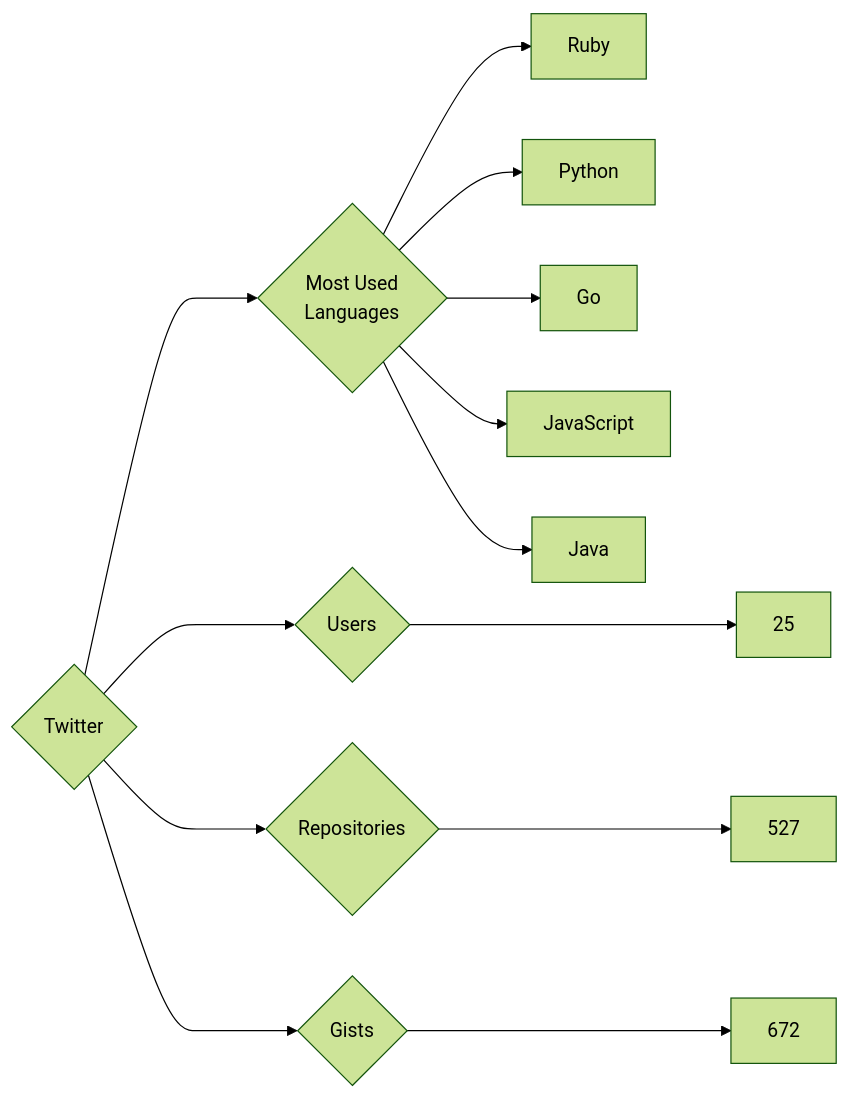
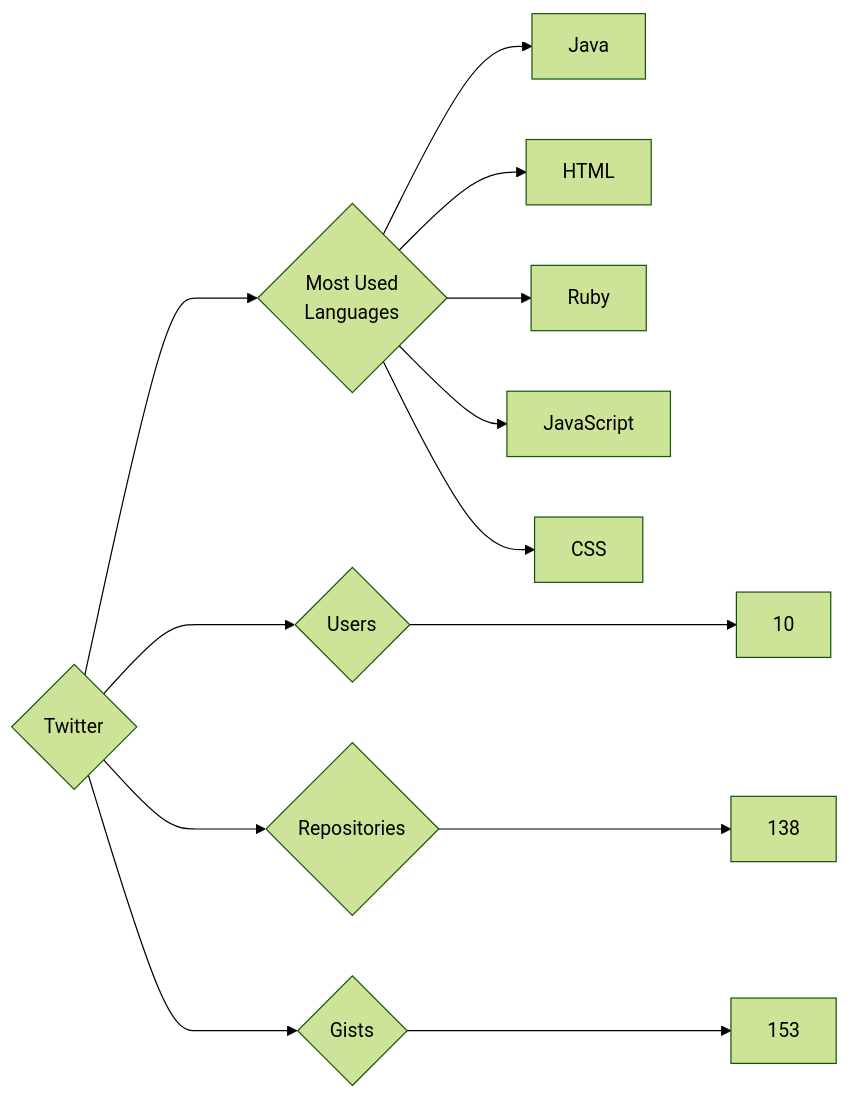
Before and after one commit to trickest/insiders: the diagram in targets/Twitter/README.md, drawn with Mermaid (forest theme). The commit also changed 1496 other files, not shown here.

````diff
--- a/targets/Twitter/README.md
+++ b/targets/Twitter/README.md
@@ -3,13 +3,13 @@
 ```mermaid
 graph LR
 COMPANY_NAME{Twitter}
-COMPANY_NAME ---> U{Users} ---> UN[25]
-COMPANY_NAME ---> R{Repositories} ---> RN[527]
-COMPANY_NAME ---> G{Gists} ---> GN[672]
+COMPANY_NAME ---> U{Users} ---> UN[10]
+COMPANY_NAME ---> R{Repositories} ---> RN[138]
+COMPANY_NAME ---> G{Gists} ---> GN[153]
 COMPANY_NAME ---> ML{Most Used<br>Languages}
+ML --> Java[Java]
+ML --> HTML[HTML]
 ML --> Ruby[Ruby]
-ML --> Python[Python]
-ML --> Go[Go]
 ML --> JavaScript[JavaScript]
-ML --> Java[Java]
+ML --> CSS[CSS]
 ```
````
